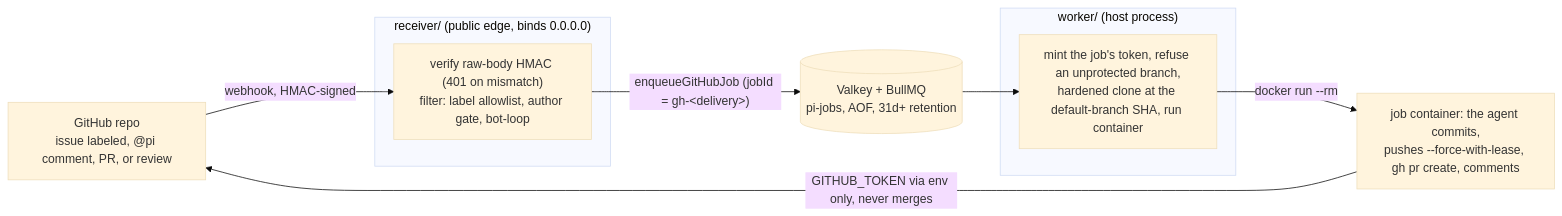
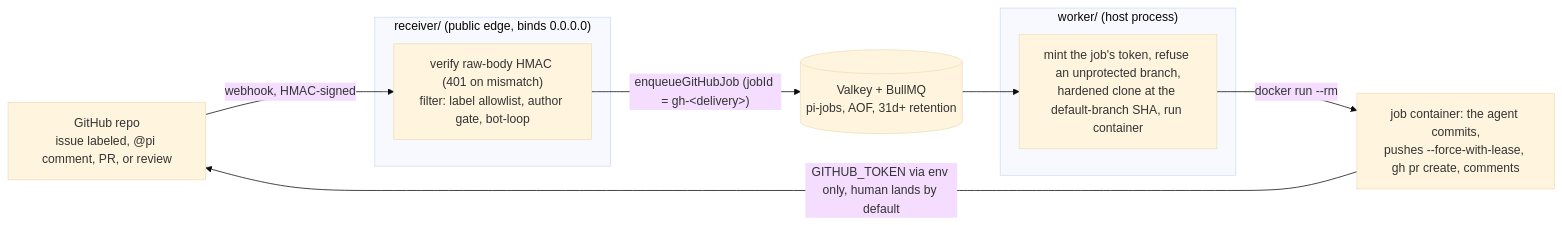
The diagram in docs/github.md (edgehero/pi-dispatch), drawn with Mermaid (base theme) before and after one commit. The commit also changed 83 other files, not shown here.

````diff
--- a/docs/github.md
+++ b/docs/github.md
@@ -7,14 +7,14 @@
 ```mermaid
 flowchart LR
   GH["GitHub repo<br/>issue labeled, @pi comment, PR, or review"] -->|"webhook, HMAC-signed"| R
   subgraph EDGE["receiver/ (public edge, binds 0.0.0.0)"]
     R["verify raw-body HMAC (401 on mismatch)<br/>filter: label allowlist, author gate, bot-loop"]
   end
   R -->|"enqueueGitHubJob (jobId = gh-&lt;delivery&gt;)"| Q[("Valkey + BullMQ<br/>pi-jobs, AOF, 31d+ retention")]
   subgraph HOST["worker/ (host process)"]
     W["mint the job's token, refuse an unprotected branch,<br/>hardened clone at the default-branch SHA, run container"]
   end
   Q --> W
   W -->|"docker run --rm"| C["job container: the agent commits,<br/>pushes --force-with-lease, gh pr create, comments"]
-  C -->|"GITHUB_TOKEN via env only, never merges"| GH
+  C -->|"GITHUB_TOKEN via env only, human lands by default"| GH
 ```
````
